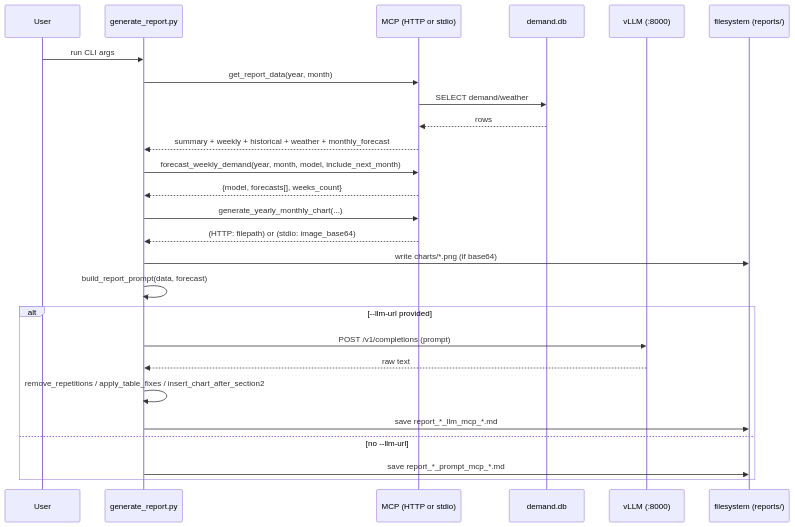
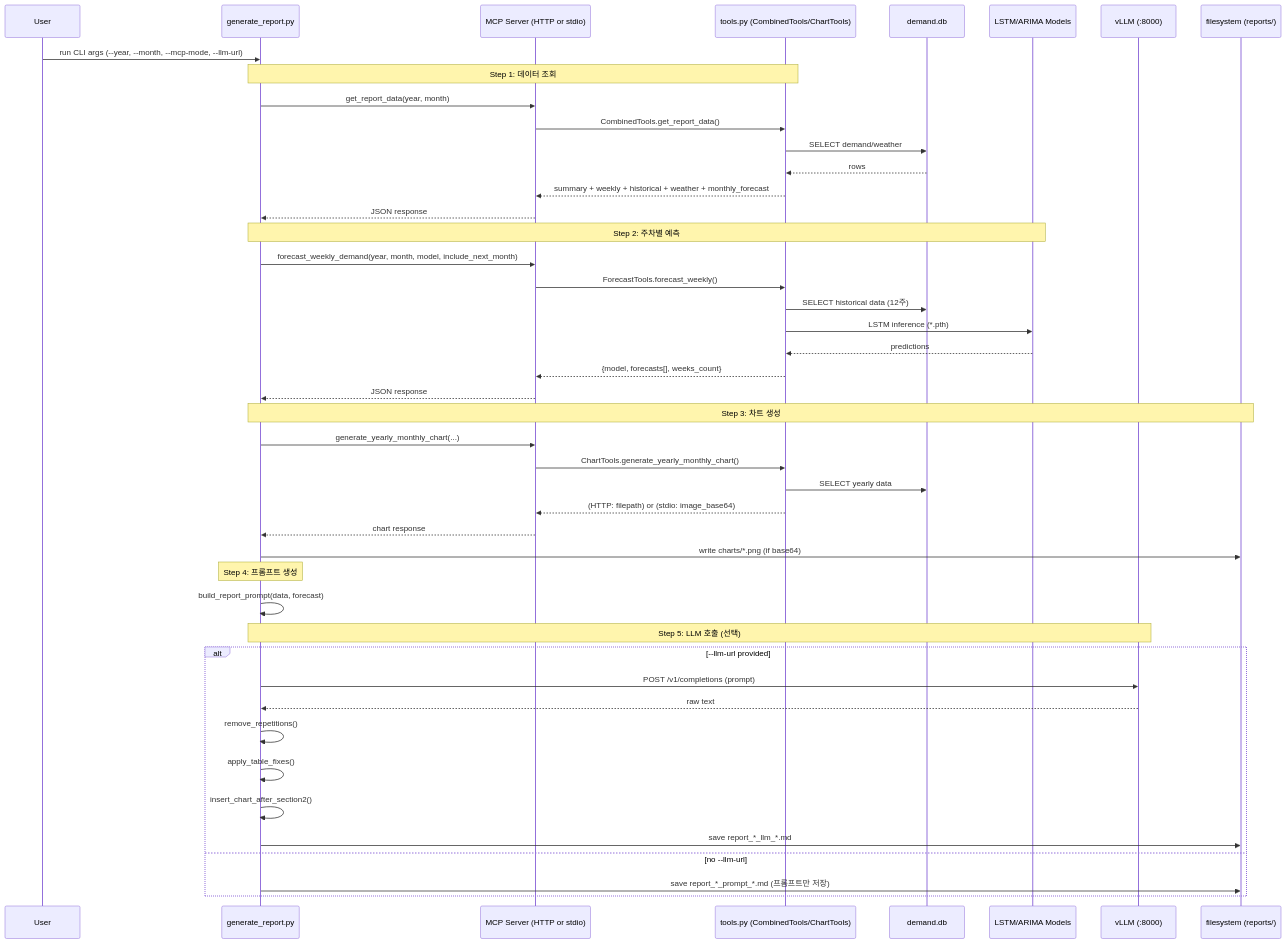
The second of 2 diagrams in report_agent/README.md (zongseung/De-Qwen-SFT), drawn with Mermaid before and after one commit. The commit also changed other lines of this file and 2 other files, not shown here.

Commit message:
update Readme & ARCHITECTURE

````diff
--- a/report_agent/README.md
+++ b/report_agent/README.md
@@ -56,33 +63,53 @@
 ```mermaid
 sequenceDiagram
   participant U as User
   participant CLI as generate_report.py
-  participant MCP as MCP (HTTP or stdio)
+  participant MCP as MCP Server (HTTP or stdio)
+  participant Tools as tools.py (CombinedTools/ChartTools)
   participant DB as demand.db
+  participant Models as LSTM/ARIMA Models
   participant LLM as vLLM (:8000)
   participant FS as filesystem (reports/)
 
-  U->>CLI: run CLI args
+  U->>CLI: run CLI args (--year, --month, --mcp-mode, --llm-url)
+
+  Note over CLI,Tools: Step 1: 데이터 조회
   CLI->>MCP: get_report_data(year, month)
-  MCP->>DB: SELECT demand/weather
-  DB-->>MCP: rows
-  MCP-->>CLI: summary + weekly + historical + weather + monthly_forecast
+  MCP->>Tools: CombinedTools.get_report_data()
+  Tools->>DB: SELECT demand/weather
+  DB-->>Tools: rows
+  Tools-->>MCP: summary + weekly + historical + weather + monthly_forecast
+  MCP-->>CLI: JSON response
 
+  Note over CLI,Models: Step 2: 주차별 예측
   CLI->>MCP: forecast_weekly_demand(year, month, model, include_next_month)
-  MCP-->>CLI: {model, forecasts[], weeks_count}
+  MCP->>Tools: ForecastTools.forecast_weekly()
+  Tools->>DB: SELECT historical data (12주)
+  Tools->>Models: LSTM inference (*.pth)
+  Models-->>Tools: predictions
+  Tools-->>MCP: {model, forecasts[], weeks_count}
+  MCP-->>CLI: JSON response
 
+  Note over CLI,FS: Step 3: 차트 생성
   CLI->>MCP: generate_yearly_monthly_chart(...)
-  MCP-->>CLI: (HTTP: filepath) or (stdio: image_base64)
+  MCP->>Tools: ChartTools.generate_yearly_monthly_chart()
+  Tools->>DB: SELECT yearly data
+  Tools-->>MCP: (HTTP: filepath) or (stdio: image_base64)
+  MCP-->>CLI: chart response
   CLI->>FS: write charts/*.png (if base64)
 
+  Note over CLI: Step 4: 프롬프트 생성
   CLI->>CLI: build_report_prompt(data, forecast)
 
+  Note over CLI,LLM: Step 5: LLM 호출 (선택)
   alt --llm-url provided
     CLI->>LLM: POST /v1/completions (prompt)
     LLM-->>CLI: raw text
-    CLI->>CLI: remove_repetitions / apply_table_fixes / insert_chart_after_section2
-    CLI->>FS: save report_*_llm_mcp_*.md
+    CLI->>CLI: remove_repetitions()
+    CLI->>CLI: apply_table_fixes()
+    CLI->>CLI: insert_chart_after_section2()
+    CLI->>FS: save report_*_llm_*.md
   else no --llm-url
-    CLI->>FS: save report_*_prompt_mcp_*.md
+    CLI->>FS: save report_*_prompt_*.md (프롬프트만 저장)
   end
 ```
````
